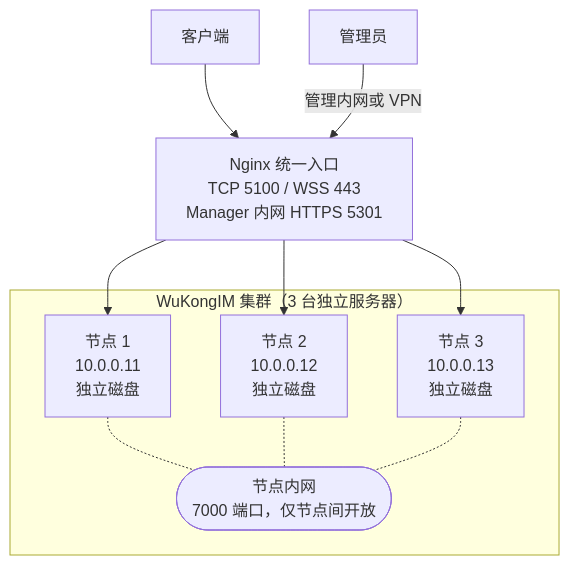
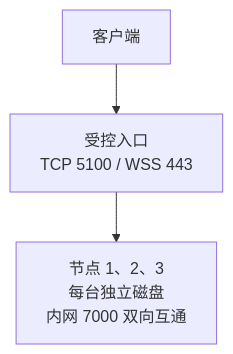
The diagram in docs-site/content/docs/server/deployment/multi-node.mdx (WuKongIM/WuKongIM), drawn with Mermaid before and after one commit. The commit also changed other lines of this file and 7 other files, not shown here.

````diff
--- a/docs-site/content/docs/server/deployment/multi-node.mdx
+++ b/docs-site/content/docs/server/deployment/multi-node.mdx
@@ -8,23 +10,5 @@
 ```mermaid
-flowchart TB
-  Client["客户端"]
-  Admin["管理员"]
-  Nginx["Nginx 统一入口<br/>TCP 5100 / WSS 443<br/>Manager 内网 HTTPS 5301"]
-
-  subgraph Cluster["WuKongIM 集群（3 台独立服务器）"]
-    Node1["节点 1<br/>10.0.0.11<br/>独立磁盘"]
-    Node2["节点 2<br/>10.0.0.12<br/>独立磁盘"]
-    Node3["节点 3<br/>10.0.0.13<br/>独立磁盘"]
-    Network(["节点内网<br/>7000 端口，仅节点间开放"])
-
-    Node1 -.- Network
-    Node2 -.- Network
-    Node3 -.- Network
-  end
-
-  Client --> Nginx
-  Admin -->|管理内网或 VPN| Nginx
-  Nginx --> Node1
-  Nginx --> Node2
-  Nginx --> Node3
+flowchart TD
+  client["客户端"] --> edge["受控入口<br/>TCP 5100 / WSS 443"]
+  edge --> nodes["节点 1、2、3<br/>每台独立磁盘<br/>内网 7000 双向互通"]
 ```
````
